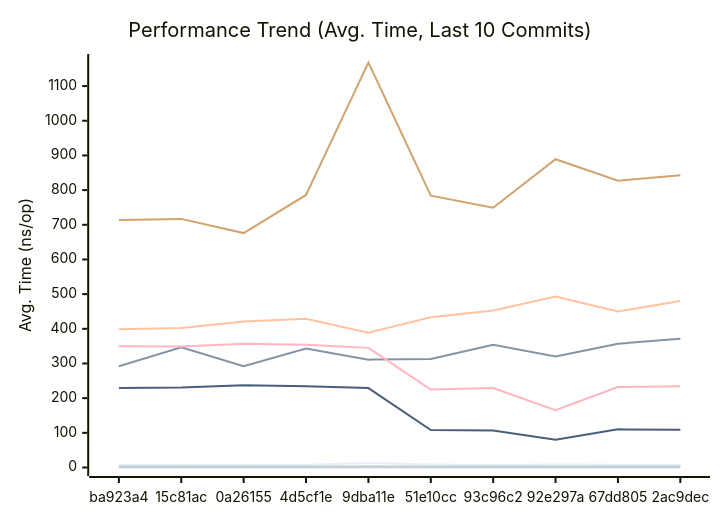
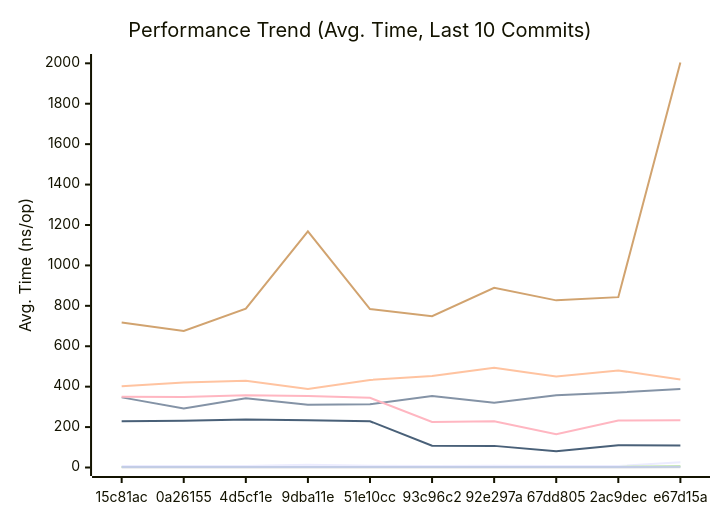
One commit to alsotoes/momo changed the first of 3 diagrams in docs/PERFORMANCE.md. Above: the diagram before and after it, drawn with Mermaid. The commit also changed other lines of this file and 1 other file, not shown here.

````diff
--- a/docs/PERFORMANCE.md
+++ b/docs/PERFORMANCE.md
@@ -80,16 +80,16 @@
 ```mermaid
 xychart-beta
     title "Performance Trend (Avg. Time, Last 10 Commits)"
     x-axis "Commit"
     y-axis "Avg. Time (ns/op)"
-    x-axis [ba923a4,15c81ac,0a26155,4d5cf1e,9dba11e,51e10cc,93c96c2,92e297a,67dd805,2ac9dec]
-    line "CheckMetricsAndSwap" [7,7,7,8,13,9,7,9,8,7]
-    line "CrushOptimized" [292,347,292,343,311,313,354,320,357,371]
-    line "CrushOriginal" [399,402,421,429,389,433,453,493,450,480]
-    line "IndexDirectTracking" [0,0,0,0,0,0,0,0,0,0]
-    line "IndexSearch" [3,3,3,3,3,3,3,3,3,3]
-    line "LoadGlobalConfig" [714,717,676,786,1168,784,749,889,827,843]
-    line "PadString" [2,2,2,2,2,2,2,2,2,2]
+    x-axis [15c81ac,0a26155,4d5cf1e,9dba11e,51e10cc,93c96c2,92e297a,67dd805,2ac9dec,e67d15a]
+    line "CheckMetricsAndSwap" [7,7,8,13,9,7,9,8,7,26]
+    line "CrushOptimized" [347,292,343,311,313,354,320,357,371,388]
+    line "CrushOriginal" [402,421,429,389,433,453,493,450,480,436]
+    line "IndexDirectTracking" [0,0,0,0,0,0,0,0,0,1]
+    line "IndexSearch" [3,3,3,3,3,3,3,3,3,6]
+    line "LoadGlobalConfig" [717,676,786,1168,784,749,889,827,843,2004]
+    line "PadString" [2,2,2,2,2,2,2,2,2,4]
     line "ParseReplicationOrder_NoPrealloc" [350,349,357,354,345,225,229,165,232,234]
     line "ParseReplicationOrder_Prealloc" [229,231,237,234,229,108,107,80,110,109]
 ```
````
